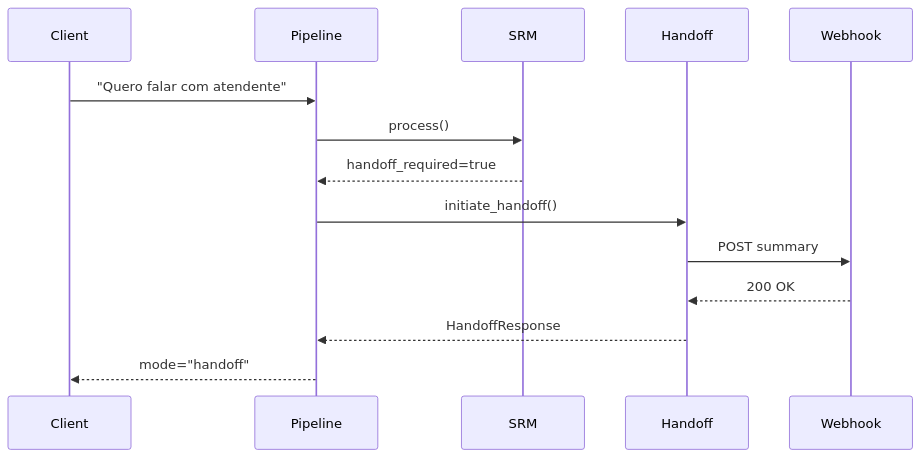
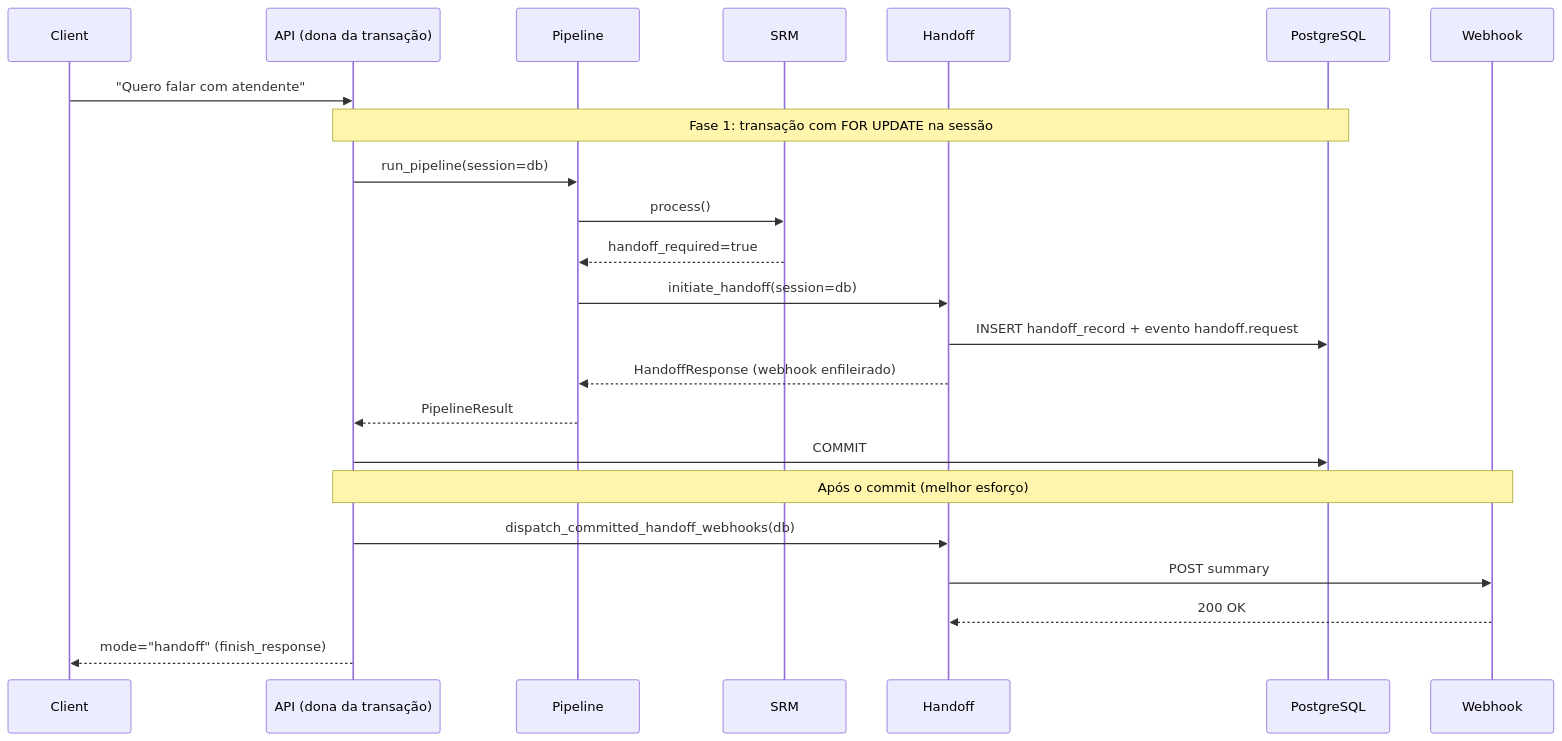
Before and after one commit to neurostackinfra/neurostack-api: the second of 3 diagrams in docs/cognitive-pipeline.md, drawn with Mermaid. The commit also changed other lines of this file and 18 other files, not shown here.

First line of the commit message:
fix(handoff): write the phase-1 handoff in the locked session, announce it after commit

````diff
--- a/docs/cognitive-pipeline.md
+++ b/docs/cognitive-pipeline.md
@@ -350,17 +350,26 @@
 ```mermaid
 sequenceDiagram
     participant Client
+    participant API as API (dona da transação)
     participant Pipeline
     participant SRM
     participant Handoff
+    participant DB as PostgreSQL
     participant Webhook
 
-    Client->>Pipeline: "Quero falar com atendente"
+    Client->>API: "Quero falar com atendente"
+    Note over API,DB: Fase 1: transação com FOR UPDATE na sessão
+    API->>Pipeline: run_pipeline(session=db)
     Pipeline->>SRM: process()
     SRM-->>Pipeline: handoff_required=true
-    Pipeline->>Handoff: initiate_handoff()
+    Pipeline->>Handoff: initiate_handoff(session=db)
+    Handoff->>DB: INSERT handoff_record + evento handoff.request
+    Handoff-->>Pipeline: HandoffResponse (webhook enfileirado)
+    Pipeline-->>API: PipelineResult
+    API->>DB: COMMIT
+    Note over API,Webhook: Após o commit (melhor esforço)
+    API->>Handoff: dispatch_committed_handoff_webhooks(db)
     Handoff->>Webhook: POST summary
     Webhook-->>Handoff: 200 OK
-    Handoff-->>Pipeline: HandoffResponse
-    Pipeline-->>Client: mode="handoff"
+    API-->>Client: mode="handoff" (finish_response)
 ```
````
